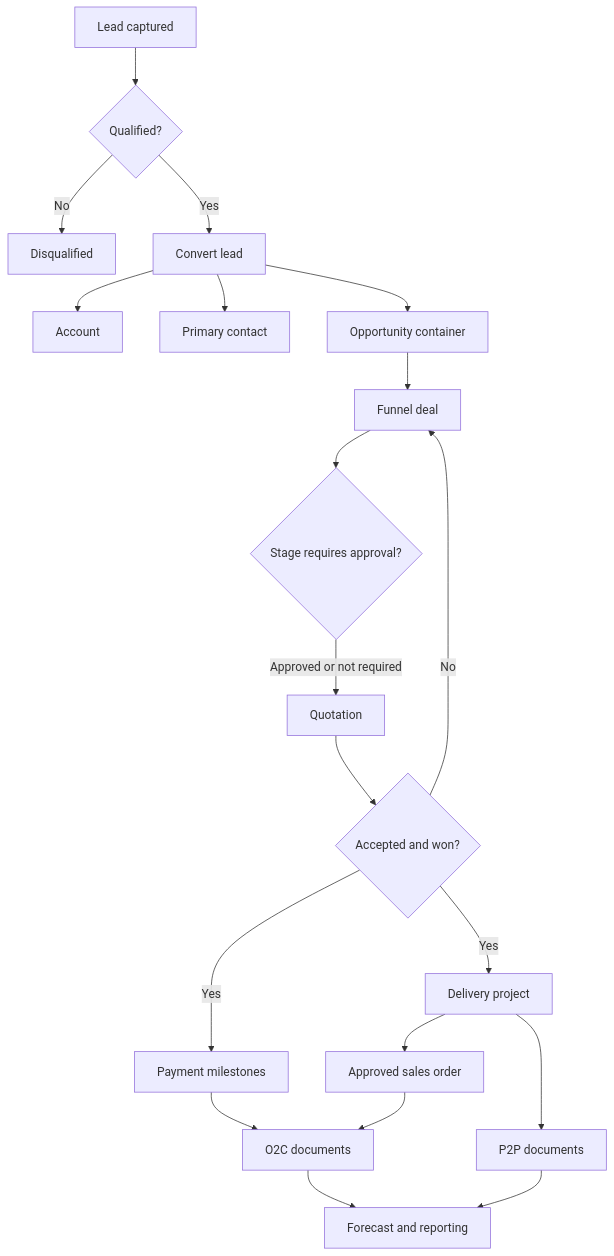
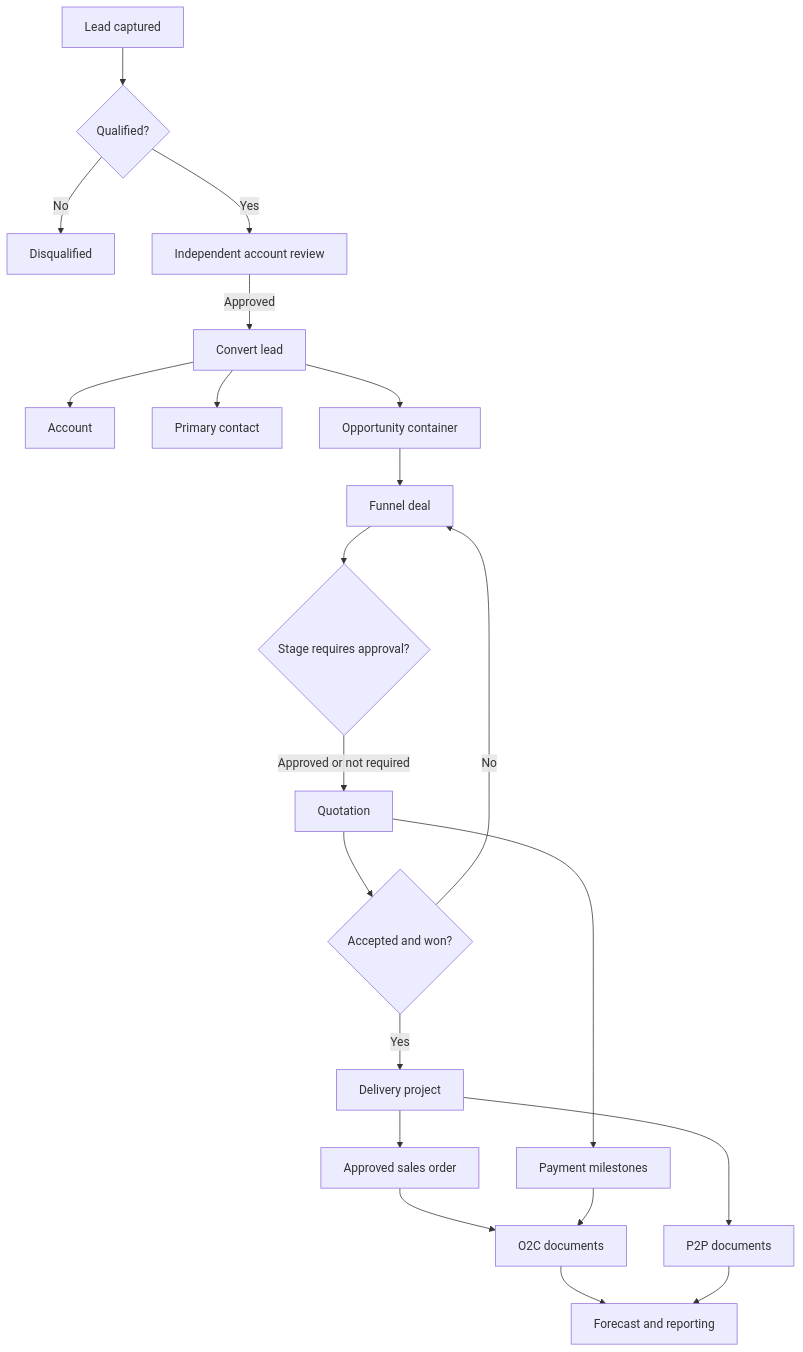
Before and after one commit to Super-ERP/docs: the diagram in pages/product/lifecycle.mdx, drawn with Mermaid. The commit also changed 6 other files, not shown here.

````diff
--- a/pages/product/lifecycle.mdx
+++ b/pages/product/lifecycle.mdx
@@ -9,40 +9,41 @@
 ```mermaid
 flowchart TD
   lead[Lead captured]
   qualified{Qualified?}
   disqualified[Disqualified]
   converted[Convert lead]
   account[Account]
   contact[Primary contact]
   opportunity[Opportunity container]
   funnel[Funnel deal]
   approval{Stage requires approval?}
   quote[Quotation]
   won{Accepted and won?}
   milestone[Payment milestones]
   project[Delivery project]
   order[Approved sales order]
   o2c[O2C documents]
   p2p[P2P documents]
   forecast[Forecast and reporting]
 
   lead --> qualified
   qualified -- No --> disqualified
-  qualified -- Yes --> converted
+  qualified -- Yes --> review[Independent account review]
+  review -- Approved --> converted
   converted --> account
   converted --> contact
   converted --> opportunity
   opportunity --> funnel
   funnel --> approval
   approval -- Approved or not required --> quote
   quote --> won
   won -- No --> funnel
-  won -- Yes --> milestone
+  quote --> milestone
   won -- Yes --> project
   project --> order
   order --> o2c
   project --> p2p
   milestone --> o2c
   o2c --> forecast
   p2p --> forecast
 ```
````
